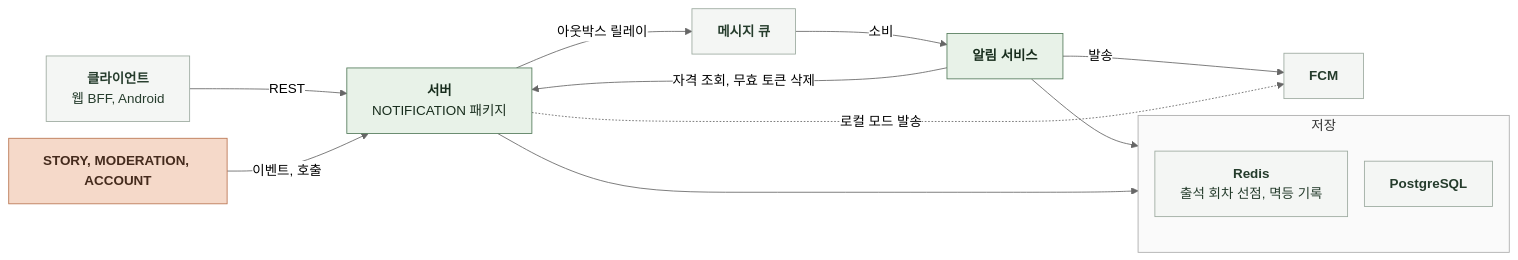
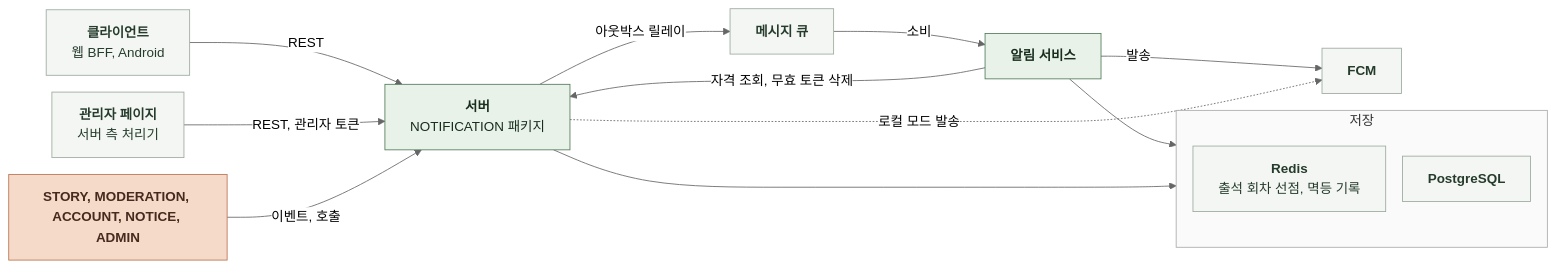
The diagram in docs/domain/NOTIFICATION/BACKEND/3-1-SOFTWARE-ARCHITECTURE.md (KIM-N-KANG/knk-harness), drawn with Mermaid (neutral theme) before and after one commit. The commit also changed other lines of this file and 90 other files, not shown here.

First line of the commit message:
[KNK-1728] Docs: 관리자 페이지 스펙 ADMIN·NOTICE 세트 신설과 네 세트 관리자 API 보강

````diff
--- a/docs/domain/NOTIFICATION/BACKEND/3-1-SOFTWARE-ARCHITECTURE.md
+++ b/docs/domain/NOTIFICATION/BACKEND/3-1-SOFTWARE-ARCHITECTURE.md
@@ -21,28 +22,30 @@
 ```mermaid
 %%{init: {"flowchart": {"curve": "basis", "nodeSpacing": 20, "rankSpacing": 60}}}%%
 flowchart LR
     C["`**클라이언트**
 웹 BFF, Android`"] -->|REST| S["`**서버**
 NOTIFICATION 패키지`"]
-    O["`**STORY, MODERATION, ACCOUNT**`"] -->|이벤트, 호출| S
+    AP["`**관리자 페이지**
+서버 측 처리기`"] -->|REST, 관리자 토큰| S
+    O["`**STORY, MODERATION, ACCOUNT, NOTICE, ADMIN**`"] -->|이벤트, 호출| S
     S -->|아웃박스 릴레이| Q["`**메시지 큐**`"]
     Q -->|소비| N["`**알림 서비스**`"]
     N -->|자격 조회, 무효 토큰 삭제| S
     N -->|발송| F["`**FCM**`"]
     S -.->|로컬 모드 발송| F
     S --> ST
     N --> R
     subgraph ST["저장"]
         direction TB
         DB["`**PostgreSQL**`"]
         R["`**Redis**
 출석 회차 선점, 멱등 기록`"]
     end
     classDef ext fill:#F4F6F4,stroke:#9BA99E,color:#253C2C
     classDef comp fill:#E8F2E8,stroke:#527A59,color:#182D1D
     classDef task fill:#F5D9C9,stroke:#B97450,color:#452B1D
-    class C,Q,F,DB,R ext
+    class C,AP,Q,F,DB,R ext
     class S,N comp
     class O task
     style ST fill:#FAFAFA,stroke:#AAAAAA
 ```
````
